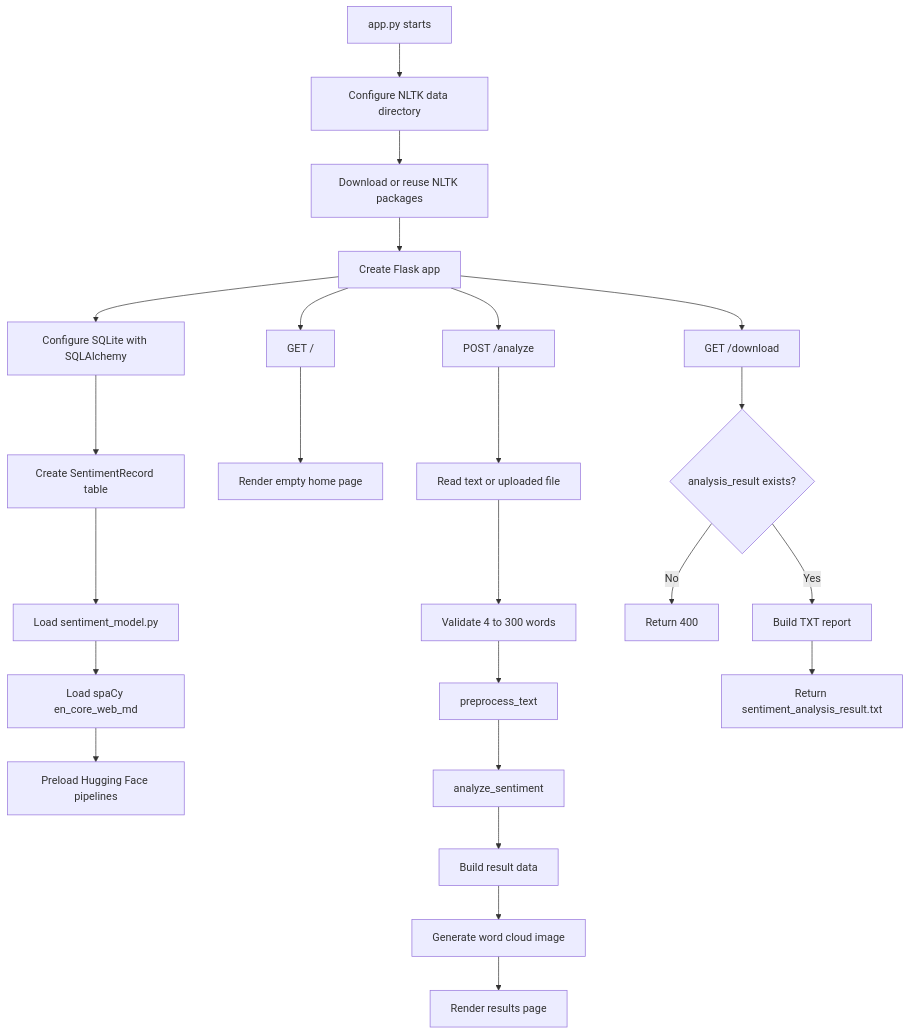
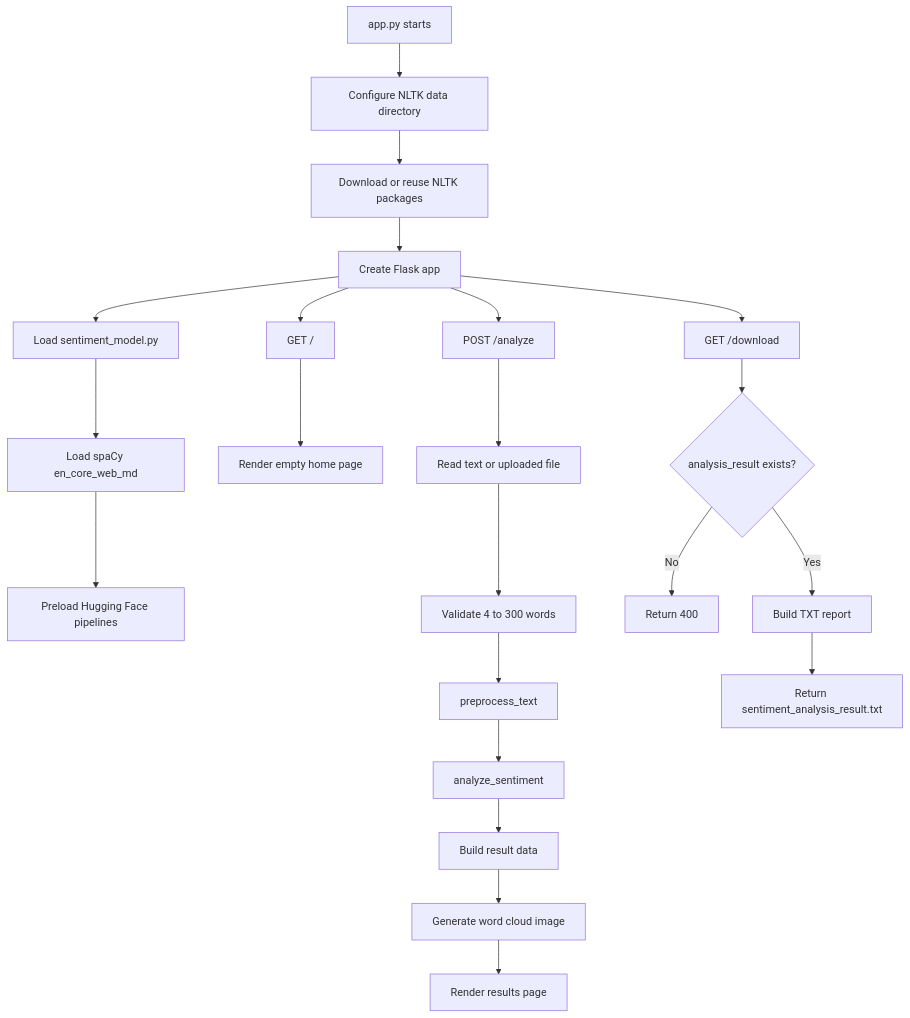
Before and after one commit to shubhkr72/IntelliNLP: the third of 4 diagrams in WORKFLOW.md, drawn with Mermaid. The commit also changed other lines of this file and 6 other files, not shown here.

````diff
--- a/WORKFLOW.md
+++ b/WORKFLOW.md
@@ -68,29 +68,27 @@
 ```mermaid
 flowchart TD
     A[app.py starts] --> B[Configure NLTK data directory]
     B --> C[Download or reuse NLTK packages]
     C --> D[Create Flask app]
-    D --> E[Configure SQLite with SQLAlchemy]
-    E --> F[Create SentimentRecord table]
-    F --> G[Load sentiment_model.py]
+    D --> G[Load sentiment_model.py]
     G --> H[Load spaCy en_core_web_md]
     H --> I[Preload Hugging Face pipelines]
 
     D --> J[GET /]
     J --> K[Render empty home page]
 
     D --> L[POST /analyze]
     L --> M[Read text or uploaded file]
     M --> N[Validate 4 to 300 words]
     N --> O[preprocess_text]
     O --> P[analyze_sentiment]
     P --> Q[Build result data]
     Q --> R[Generate word cloud image]
     R --> S[Render results page]
 
     D --> T[GET /download]
     T --> U{analysis_result exists?}
     U -->|No| V[Return 400]
     U -->|Yes| W[Build TXT report]
     W --> X[Return sentiment_analysis_result.txt]
 ```
````
